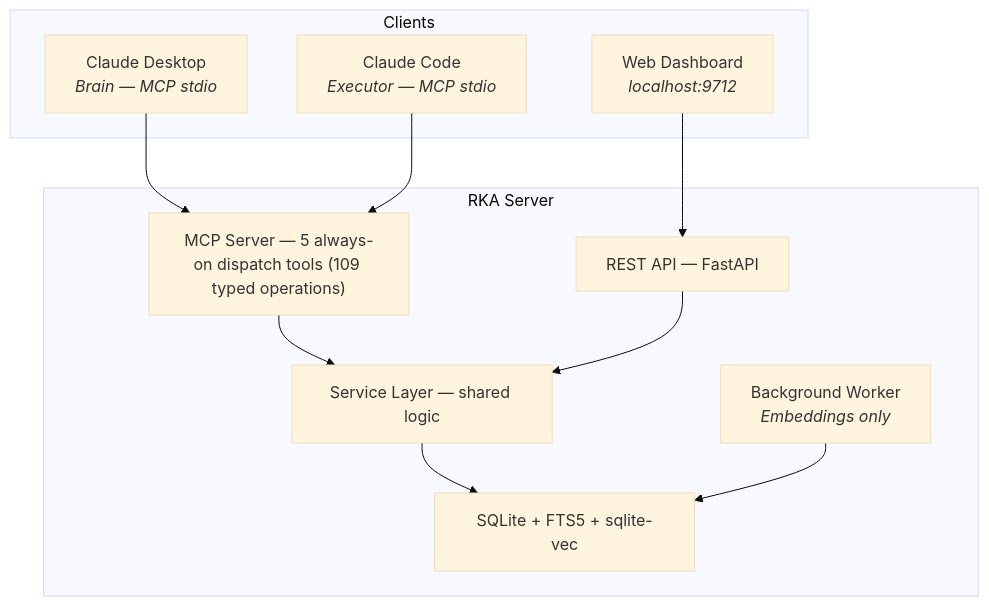
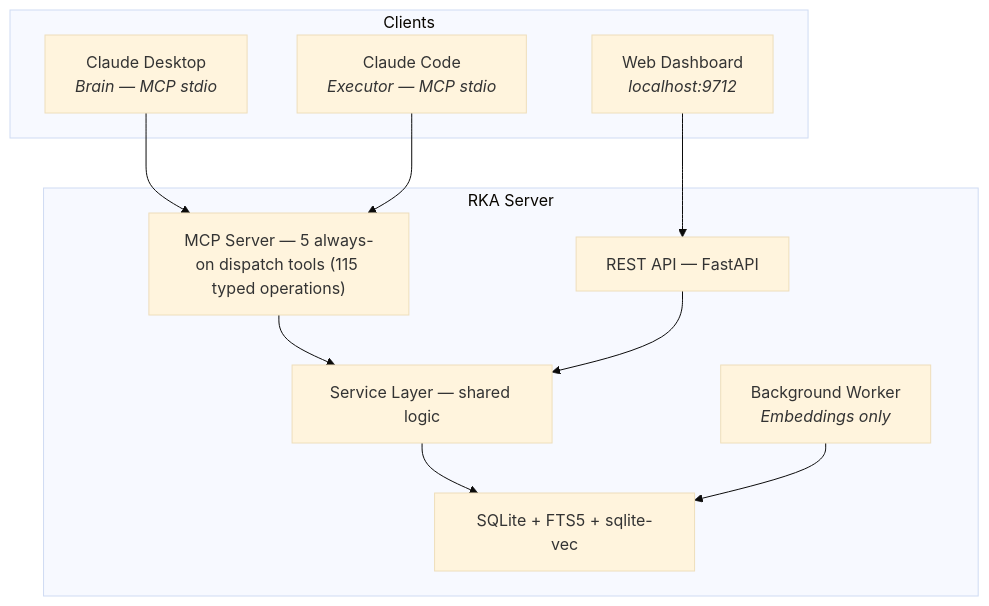
Before and after one commit to infinitywings/rka: the fourth of 4 diagrams in README.md, drawn with Mermaid (base theme). The commit also changed other lines of this file and 9 other files, not shown here.

Commit message:
docs(mcp): refresh dispatch operation counts

````diff
--- a/README.md
+++ b/README.md
@@ -225,24 +225,24 @@
 ```mermaid
 graph TD
     subgraph Clients
         CD["Claude Desktop<br/><i>Brain — MCP stdio</i>"]
         CC["Claude Code<br/><i>Executor — MCP stdio</i>"]
         WEB["Web Dashboard<br/><i>localhost:9712</i>"]
     end
 
     subgraph "RKA Server"
-        MCP["MCP Server — 5 always-on dispatch tools (109 typed operations)"]
+        MCP["MCP Server — 5 always-on dispatch tools (115 typed operations)"]
         API["REST API — FastAPI"]
         SVC["Service Layer — shared logic"]
         DB["SQLite + FTS5 + sqlite-vec"]
         WORKER["Background Worker<br/><i>Embeddings only</i>"]
     end
 
     CD --> MCP
     CC --> MCP
     WEB --> API
     MCP --> SVC
     API --> SVC
     SVC --> DB
     WORKER --> DB
 ```
````
